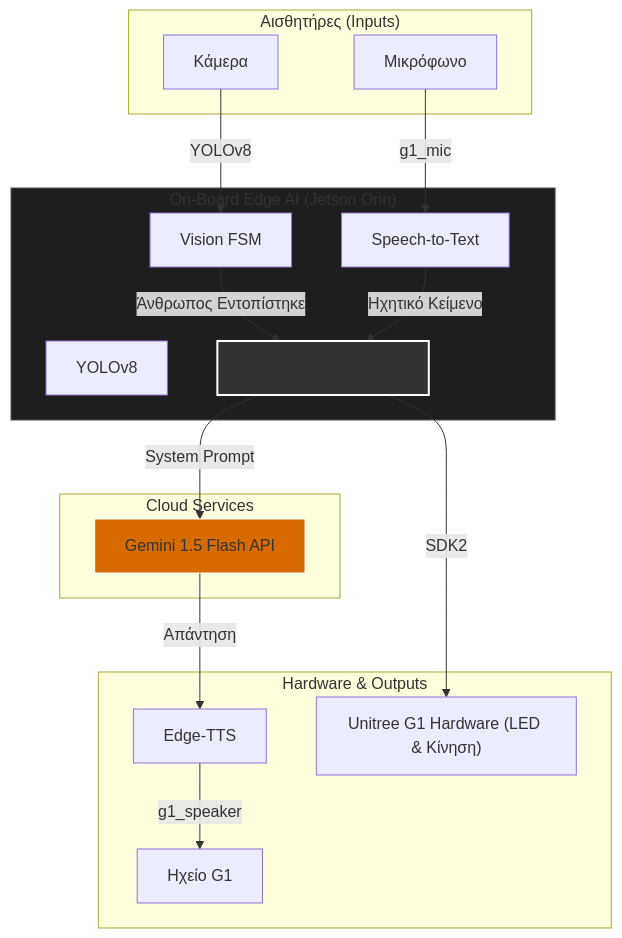
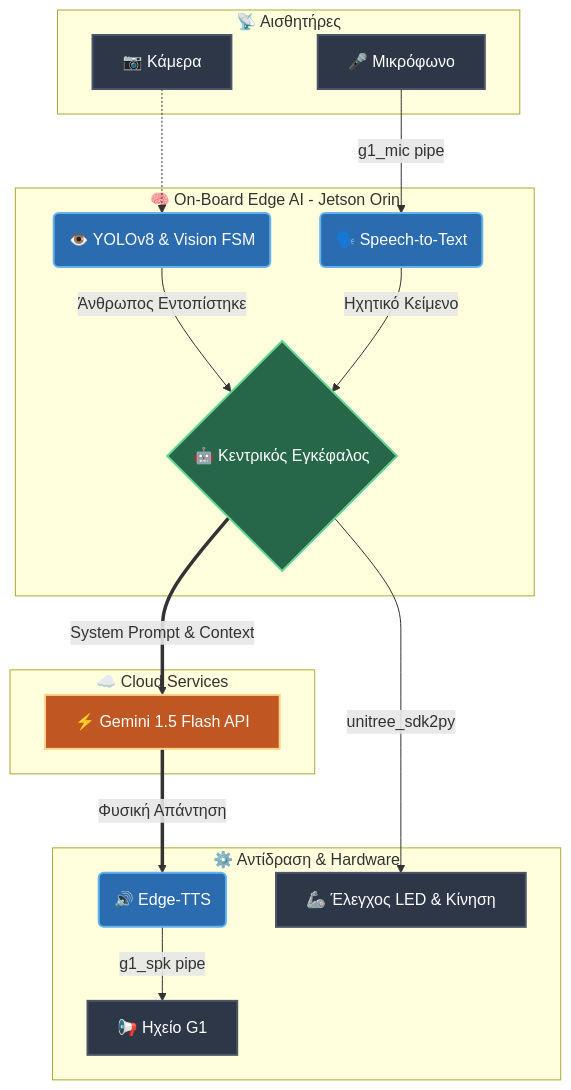
Before and after one commit to GeoZach08/UnitreeG1-Autonomous-Edge-AI-Voice-Interaction-for-Unitree-G1: the diagram in README.md, drawn with Mermaid.

Commit message:
Refactor README.md with updated diagrams and labels

````diff
--- a/README.md
+++ b/README.md
@@ -7,46 +7,42 @@
 ```mermaid
 graph TD
-    %% Input Sources
-    subgraph Inputs ["Αισθητήρες (Inputs)"]
-        Camera["Κάμερα"]
-        Mic["Μικρόφωνο"]
+    %% Ορισμός Στυλ (Χρώματα συμβατά με GitHub Dark/Light mode)
+    classDef hardware fill:#2d3748,stroke:#4a5568,stroke-width:2px,color:#fff;
+    classDef software fill:#2b6cb0,stroke:#63b3ed,stroke-width:2px,color:#fff;
+    classDef brain fill:#276749,stroke:#68d391,stroke-width:2px,color:#fff;
+    classDef cloud fill:#c05621,stroke:#fbd38d,stroke-width:2px,color:#fff;
+
+    subgraph Inputs [📡 Αισθητήρες]
+        Cam[📷 Κάμερα]:::hardware
+        Mic[🎤 Μικρόφωνο]:::hardware
     end
 
-    %% Processing & Edge AI
-    subgraph EdgeAI ["On-Board Edge AI (Jetson Orin)"]
-        Yolo["YOLOv8"]
-        VisionFSM["Vision FSM"]
-        StT["Speech-to-Text"]
-        Brain["Κεντρικός Εγκέφαλος"]
+    subgraph EdgeAI [🧠 On-Board Edge AI - Jetson Orin]
+        VFSM(👁️ YOLOv8 & Vision FSM):::software
+        STT(🗣️ Speech-to-Text):::software
+        Brain{🤖 Κεντρικός Εγκέφαλος}:::brain
     end
 
-    %% Cloud / External AI
-    subgraph Cloud ["Cloud Services"]
-        Gemini["Gemini 1.5 Flash API"]
+    subgraph Cloud [☁️ Cloud Services]
+        LLM[⚡ Gemini 1.5 Flash API]:::cloud
     end
 
-    %% Outputs & Actuators
-    subgraph Outputs ["Hardware & Outputs"]
-        TTS["Edge-TTS"]
-        Speaker["Ηχείο G1"]
-        Hardware["Unitree G1 Hardware (LED & Κίνηση)"]
+    subgraph Hardware [⚙️ Αντίδραση & Hardware]
+        TTS(🔊 Edge-TTS):::software
+        Spk[📢 Ηχείο G1]:::hardware
+        Ctrl[🦾 Έλεγχος LED & Κίνηση]:::hardware
     end
 
-    %% Connections
-    Camera -->|YOLOv8| VisionFSM
-    Mic -->|g1_mic| StT
-    
-    VisionFSM -->|Άνθρωπος Εντοπίστηκε| Brain
-    StT -->|Ηχητικό Κείμενο| Brain
+    %% Ροή Δεδομένων (Δηλώνονται στο τέλος για τέλεια στοίχιση)
+    Cam -.-> VFSM
+    Mic -->|g1_mic pipe| STT
 
-    Brain -->|SDK2| Hardware
-    Brain -->|System Prompt| Gemini
-    
-    Gemini -->|Απάντηση| TTS
-    TTS -->|g1_speaker| Speaker
+    VFSM -->|Άνθρωπος Εντοπίστηκε| Brain
+    STT -->|Ηχητικό Κείμενο| Brain
 
-    %% Styling
-    style Brain fill:#333,stroke:#fff,stroke-width:2px;
-    style Gemini fill:#d86b00,stroke:#fff,stroke-width:1px;
-    style EdgeAI fill:#1e1e1e,stroke:#555,stroke-width:1px;
+    Brain ==>|System Prompt & Context| LLM
+    Brain -->|unitree_sdk2py| Ctrl
+
+    LLM ==>|Φυσική Απάντηση| TTS
+    TTS -->|g1_spk pipe| Spk
 ```
````
